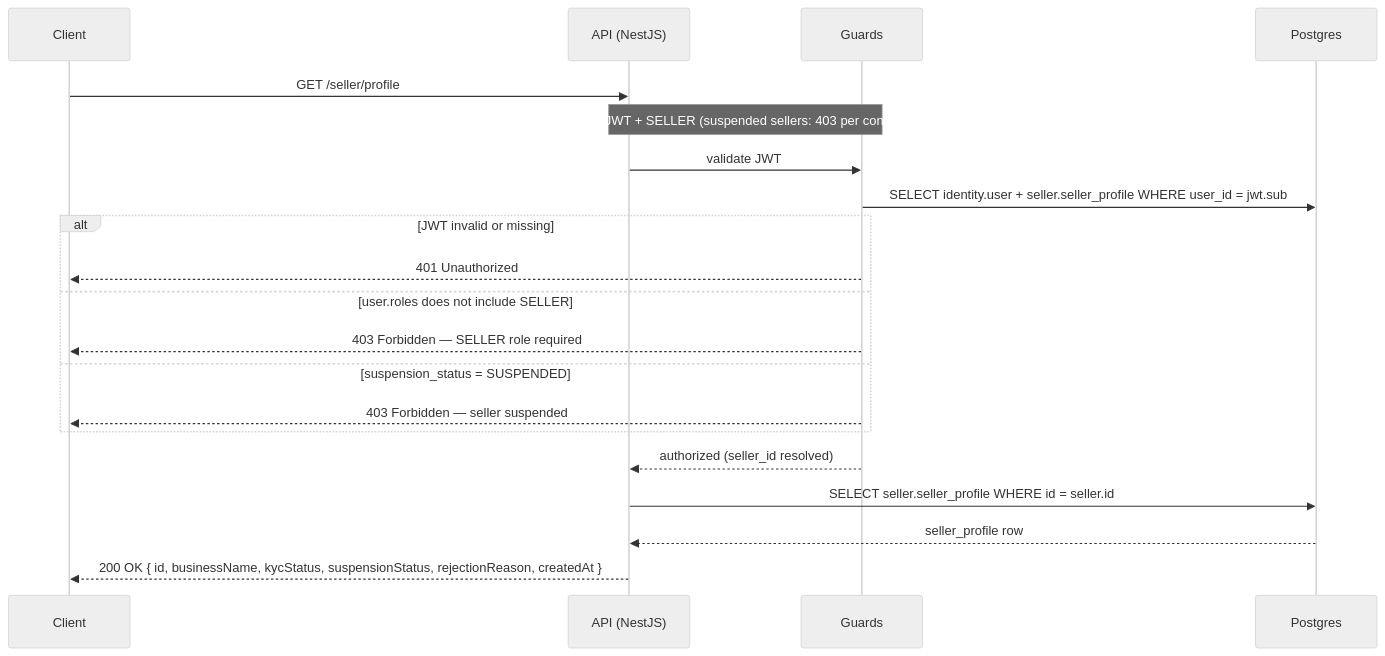
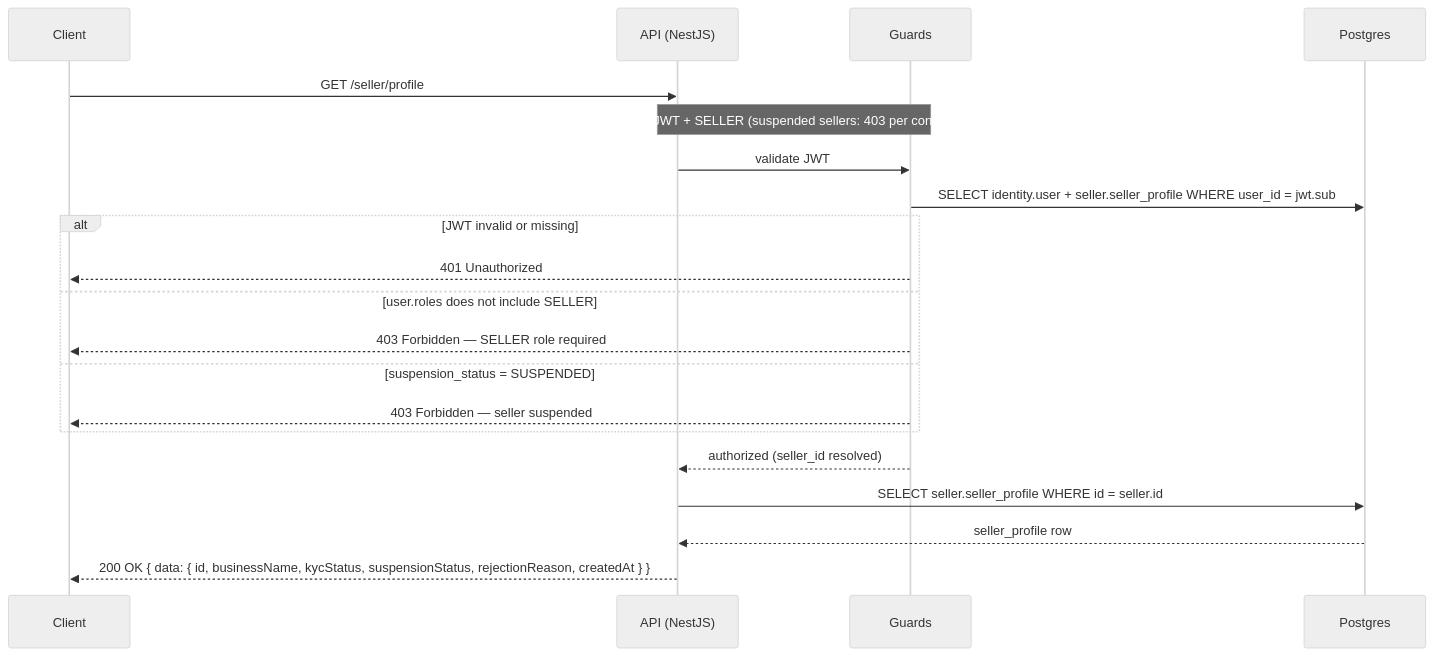
One commit to alisa-uthi/aliceut-ecom-document changed the second of 21 diagrams in phase-1/technical-design/api-design/seller.md. Above: the diagram before and after it, drawn with Mermaid (neutral theme). The commit also changed other lines of this file and 22 other files, not shown here.

````diff
--- a/phase-1/technical-design/api-design/seller.md
+++ b/phase-1/technical-design/api-design/seller.md
@@ -175,25 +179,25 @@
 ```mermaid
 sequenceDiagram
     participant C as Client
     participant A as API (NestJS)
     participant G as Guards
     participant P as Postgres
 
     C->>A: GET /seller/profile
     Note over A,G: Guard: JWT + SELLER (suspended sellers: 403 per convention)
     A->>G: validate JWT
     G->>P: SELECT identity.user + seller.seller_profile WHERE user_id = jwt.sub
     alt JWT invalid or missing
         G-->>C: 401 Unauthorized
     else user.roles does not include SELLER
         G-->>C: 403 Forbidden — SELLER role required
     else suspension_status = SUSPENDED
         G-->>C: 403 Forbidden — seller suspended
     end
     G-->>A: authorized (seller_id resolved)
 
     A->>P: SELECT seller.seller_profile WHERE id = seller.id
     P-->>A: seller_profile row
 
-    A-->>C: 200 OK { id, businessName, kycStatus, suspensionStatus, rejectionReason, createdAt }
+    A-->>C: 200 OK { data: { id, businessName, kycStatus, suspensionStatus, rejectionReason, createdAt } }
 ```
````
